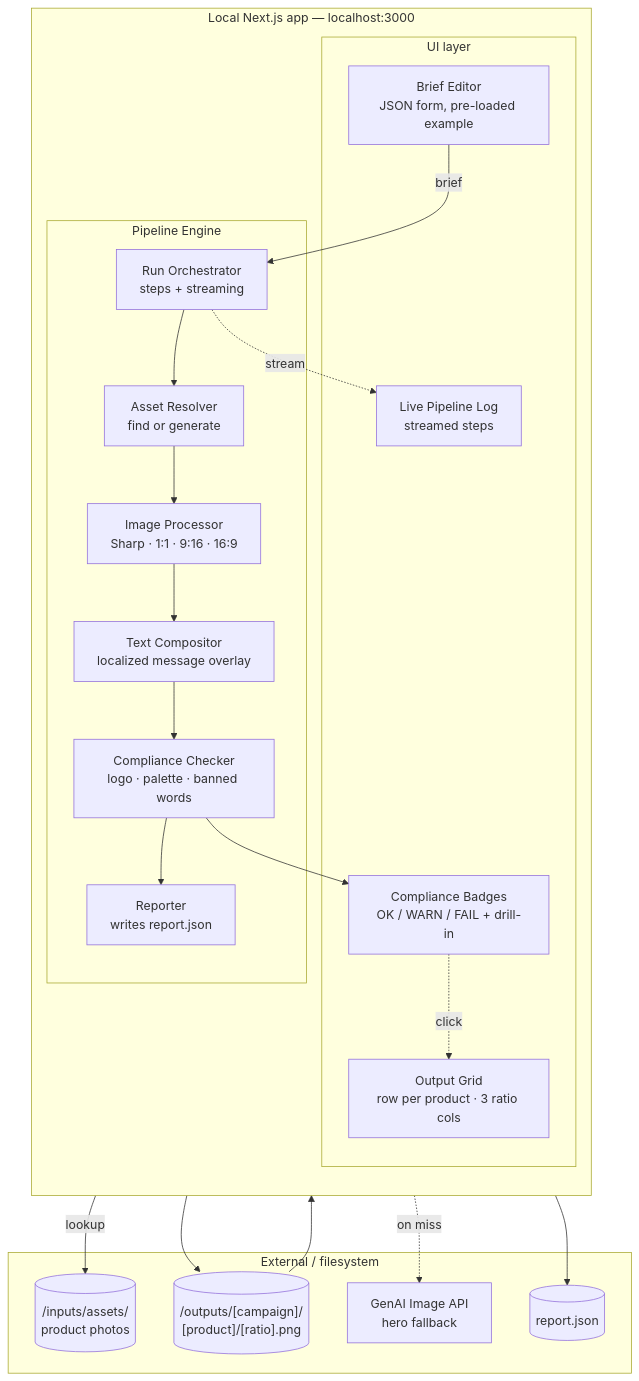
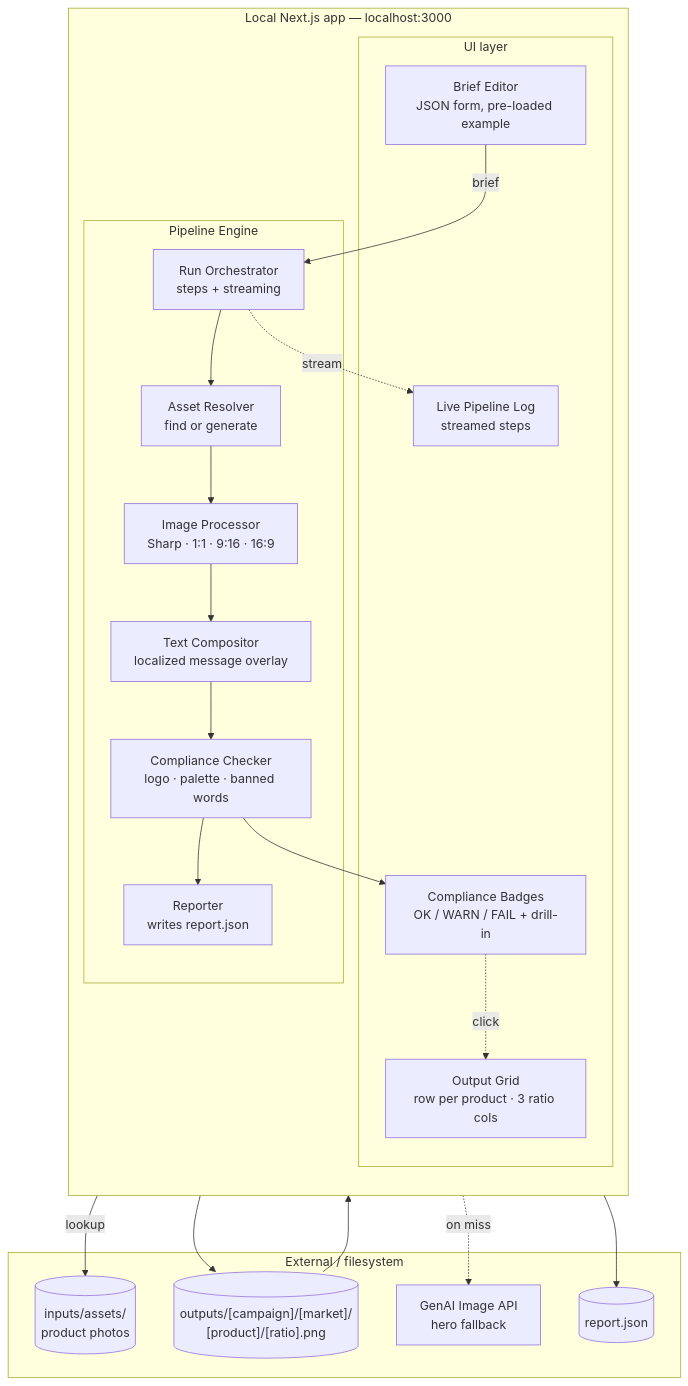
One commit to arndvs/cast changed the third of 5 diagrams in docs/system-map.md. Above: the diagram before and after it, drawn with Mermaid. The commit also changed other lines of this file and 4 other files, not shown here.

````diff
--- a/docs/system-map.md
+++ b/docs/system-map.md
@@ -84,44 +84,44 @@
 ```mermaid
 graph TB
     subgraph External["External / filesystem"]
-        Inputs[("/inputs/assets/<br/>product photos")]
-        Outputs[("/outputs/[campaign]/<br/>[product]/[ratio].png")]
+        Inputs[("inputs/assets/<br/>product photos")]
+        Outputs[("outputs/[campaign]/[market]/<br/>[product]/[ratio].png")]
         GenAI["GenAI Image API<br/>hero fallback"]
         ReportFile[("report.json")]
     end
 
     subgraph App["Local Next.js app — localhost:3000"]
         direction TB
 
         subgraph UI["UI layer"]
             Editor["Brief Editor<br/>JSON form, pre-loaded example"]
             LogView["Live Pipeline Log<br/>streamed steps"]
             Grid["Output Grid<br/>row per product · 3 ratio cols"]
             BadgeUI["Compliance Badges<br/>OK / WARN / FAIL + drill-in"]
         end
 
         subgraph Engine["Pipeline Engine"]
             Orchestrator["Run Orchestrator<br/>steps + streaming"]
             Resolver["Asset Resolver<br/>find or generate"]
             Resizer["Image Processor<br/>Sharp · 1:1 · 9:16 · 16:9"]
             Compositor["Text Compositor<br/>localized message overlay"]
             Checker["Compliance Checker<br/>logo · palette · banned words"]
             Reporter["Reporter<br/>writes report.json"]
         end
     end
 
     Editor -->|brief| Orchestrator
     Orchestrator --> Resolver
     Resolver -->|lookup| Inputs
     Resolver -.->|on miss| GenAI
     Resolver --> Resizer
     Resizer --> Compositor
     Compositor --> Checker
     Compositor --> Outputs
     Checker --> Reporter
     Reporter --> ReportFile
     Orchestrator -.->|stream| LogView
     Outputs --> Grid
     Checker --> BadgeUI
     BadgeUI -.->|click| Grid
 ```
````
